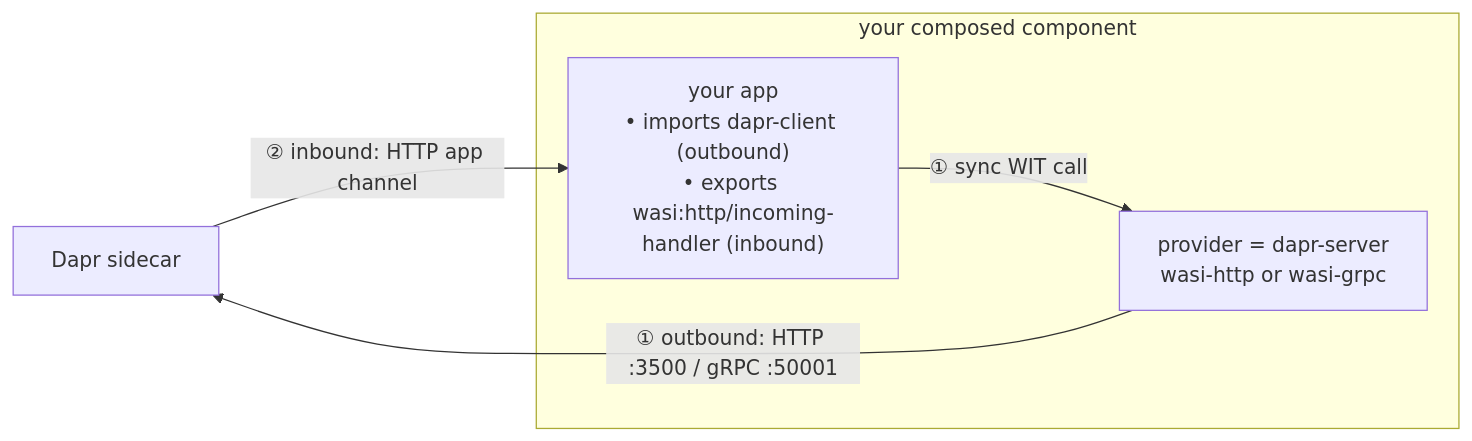
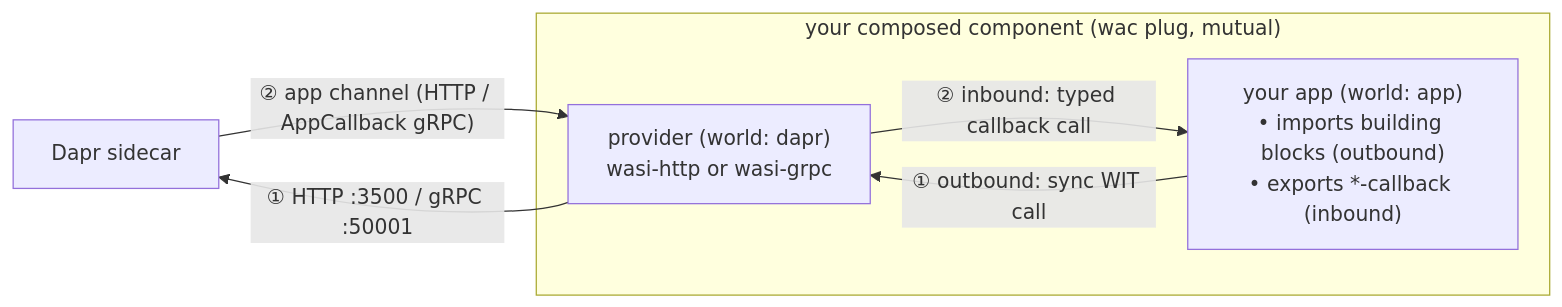
Before and after one commit to sideeffffect/dapr-wasm-components: the second of 2 diagrams in README.md, drawn with Mermaid. The commit also changed other lines of this file and 94 other files, not shown here.

First line of the commit message:
Two typed directions: split providers (outbound + inbound), app-side SDK

````diff
--- a/README.md
+++ b/README.md
@@ -60,13 +72,14 @@
 ```mermaid
 flowchart LR
     sidecar["Dapr sidecar"]
 
-    subgraph composed["your composed component"]
-        app["your app<br/>• imports dapr-client (outbound)<br/>• exports wasi:http/incoming-handler (inbound)"]
-        impl["provider = dapr-server<br/>wasi-http or wasi-grpc"]
-        app -- "① sync WIT call" --> impl
+    subgraph composed["your composed component (wac plug, mutual)"]
+        app["your app (world: app)<br/>• imports building blocks (outbound)<br/>• exports *-callback (inbound)"]
+        impl["provider (world: dapr)<br/>wasi-http or wasi-grpc"]
+        app -- "① outbound: sync WIT call" --> impl
+        impl -- "② inbound: typed callback call" --> app
     end
 
-    impl -- "① outbound: HTTP :3500 / gRPC :50001" --> sidecar
-    sidecar -- "② inbound: HTTP app channel" --> app
+    impl -- "① HTTP :3500 / gRPC :50001" --> sidecar
+    sidecar -- "② app channel (HTTP / AppCallback gRPC)" --> impl
 ```
````
